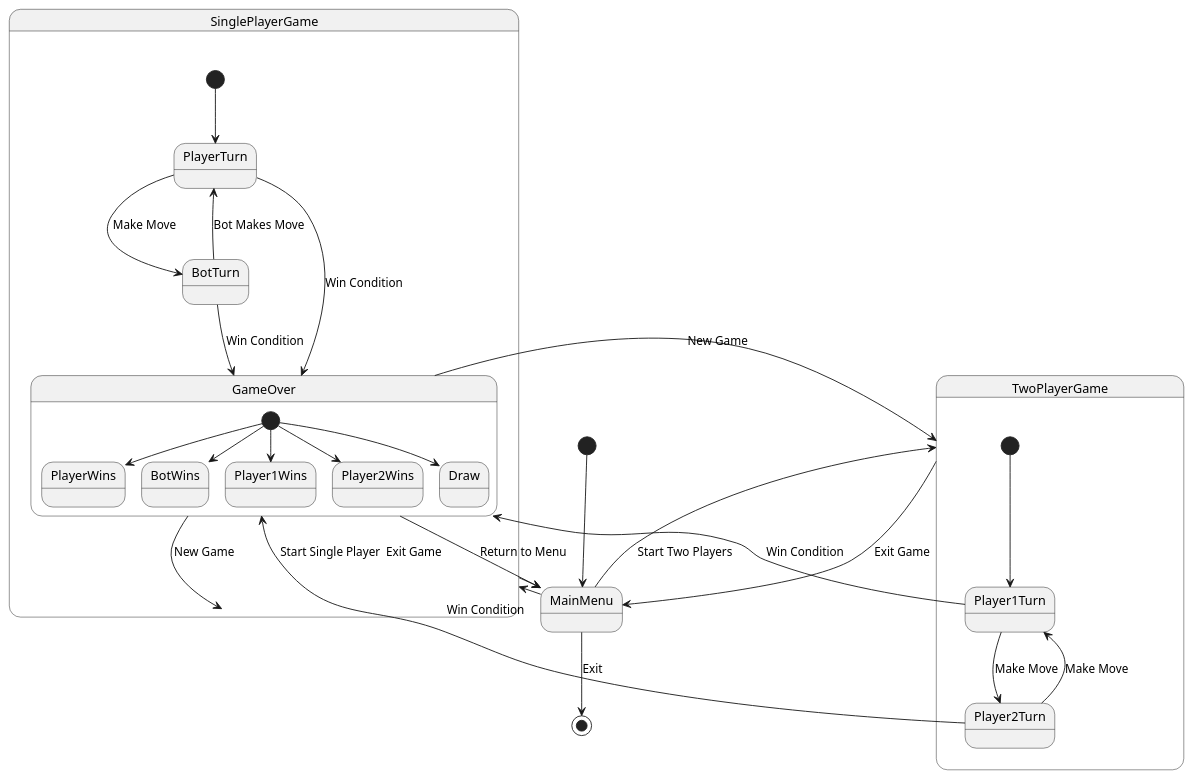
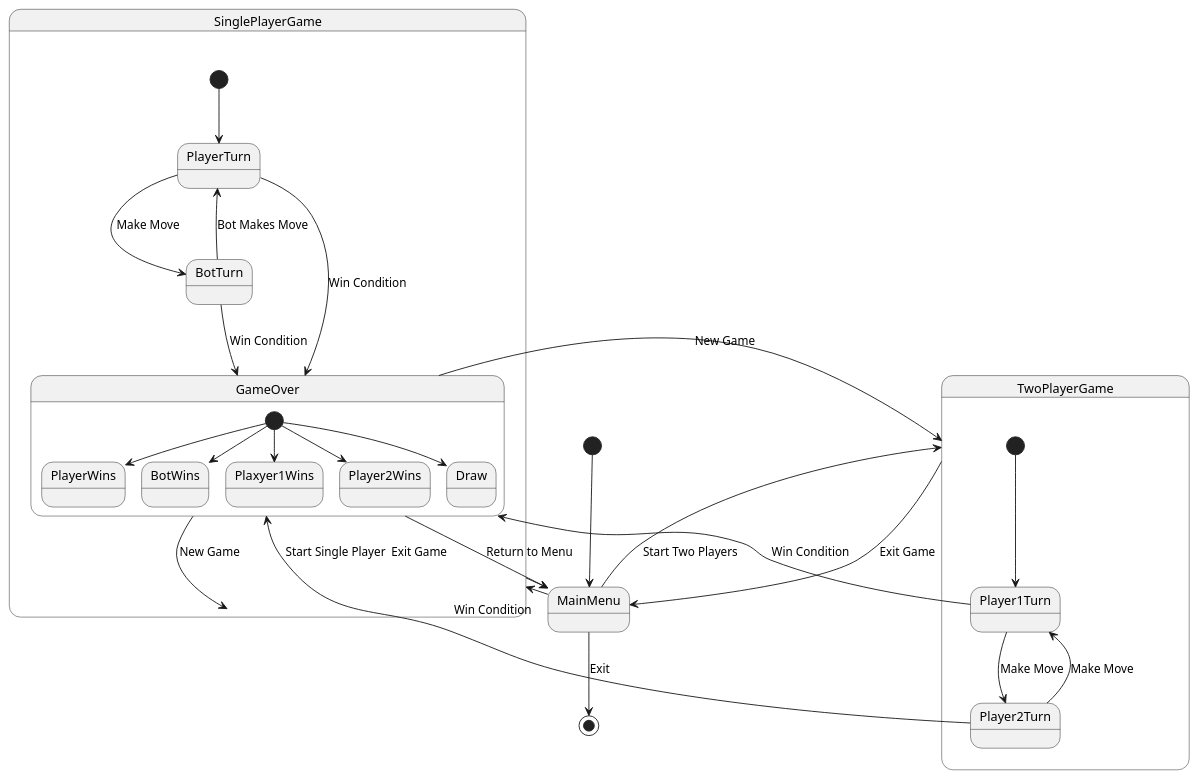
One commit to Kutaaez/AktauSila changed the diagram in src/diagrams/StateDiagram.puml. Above: the diagram before and after it, drawn with PlantUML. The commit also changed 7 other files, not shown here.

Commit message:
refactor all diagramm to png

```diff
--- a/src/diagrams/StateDiagram.puml
+++ b/src/diagrams/StateDiagram.puml
@@ -1,39 +1,39 @@
 @startuml StateDiagram
 
 [*] --> MainMenu
 
 MainMenu --> SinglePlayerGame : Start Single Player
 MainMenu --> TwoPlayerGame : Start Two Players
 MainMenu --> [*] : Exit
 
 state SinglePlayerGame {
   [*] --> PlayerTurn
   PlayerTurn --> BotTurn : Make Move
   BotTurn --> PlayerTurn : Bot Makes Move
   PlayerTurn --> GameOver : Win Condition
   BotTurn --> GameOver : Win Condition
 }
 
 state TwoPlayerGame {
   [*] --> Player1Turn
   Player1Turn --> Player2Turn : Make Move
   Player2Turn --> Player1Turn : Make Move
   Player1Turn --> GameOver : Win Condition
   Player2Turn --> GameOver : Win Condition
 }
 
 state GameOver {
   [*] --> PlayerWins
   [*] --> BotWins
-  [*] --> Player1Wins
+  [*] --> Plaxyer1Wins
   [*] --> Player2Wins
   [*] --> Draw
 }
 
 SinglePlayerGame --> MainMenu : Exit Game
 TwoPlayerGame --> MainMenu : Exit Game
 GameOver --> SinglePlayerGame : New Game
 GameOver --> TwoPlayerGame : New Game
 GameOver --> MainMenu : Return to Menu
 
 @enduml
```
